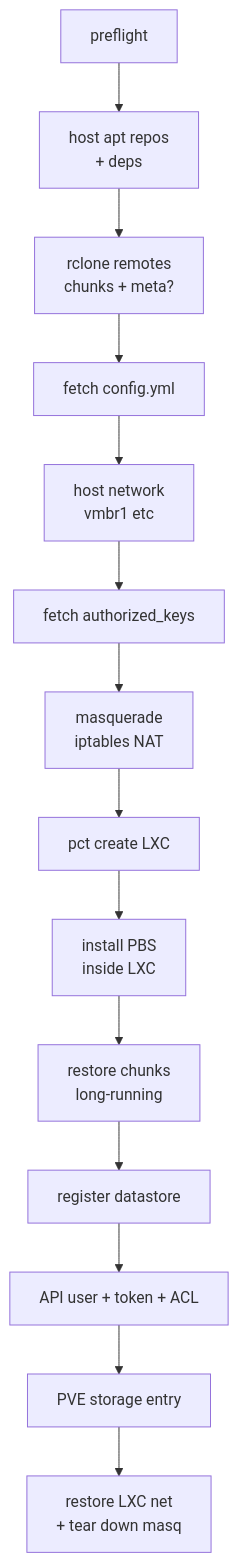
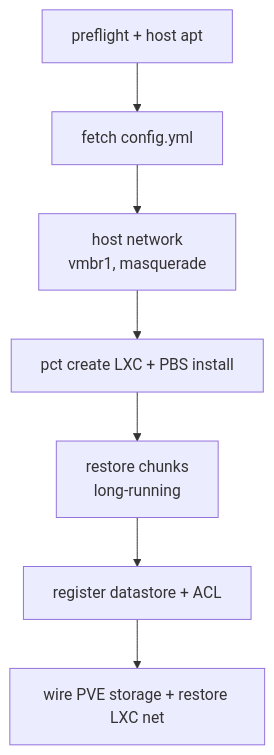
Before and after one commit to bigpie1367/pbs-bootstrap: the diagram in README.md, drawn with Mermaid. The commit also changed other lines of this file and 1 other file, not shown here.

````diff
--- a/README.md
+++ b/README.md
@@ -84,16 +21,9 @@
 ```mermaid
 flowchart TB
-    P1[preflight] --> P2[host apt repos<br/>+ deps]
-    P2 --> P3[rclone remotes<br/>chunks + meta?]
-    P3 --> P4[fetch config.yml]
-    P4 --> P5[host network<br/>vmbr1 etc]
-    P5 --> P6[fetch authorized_keys]
-    P6 --> P7[masquerade<br/>iptables NAT]
-    P7 --> P8[pct create LXC]
-    P8 --> P9[install PBS<br/>inside LXC]
-    P9 --> P10[restore chunks<br/>long-running]
-    P10 --> P11[register datastore]
-    P11 --> P12[API user + token + ACL]
-    P12 --> P13[PVE storage entry]
-    P13 --> P14[restore LXC net<br/>+ tear down masq]
+    P1[preflight + host apt] --> P2[fetch config.yml]
+    P2 --> P3[host network<br/>vmbr1, masquerade]
+    P3 --> P4[pct create LXC + PBS install]
+    P4 --> P5[restore chunks<br/>long-running]
+    P5 --> P6[register datastore + ACL]
+    P6 --> P7[wire PVE storage + restore LXC net]
 ```
````
